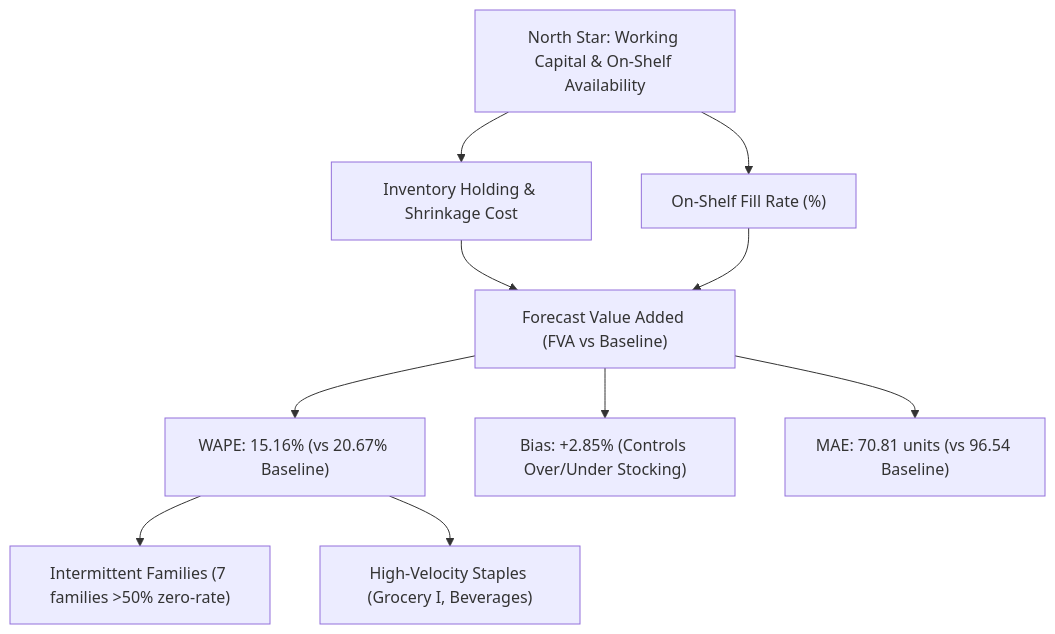
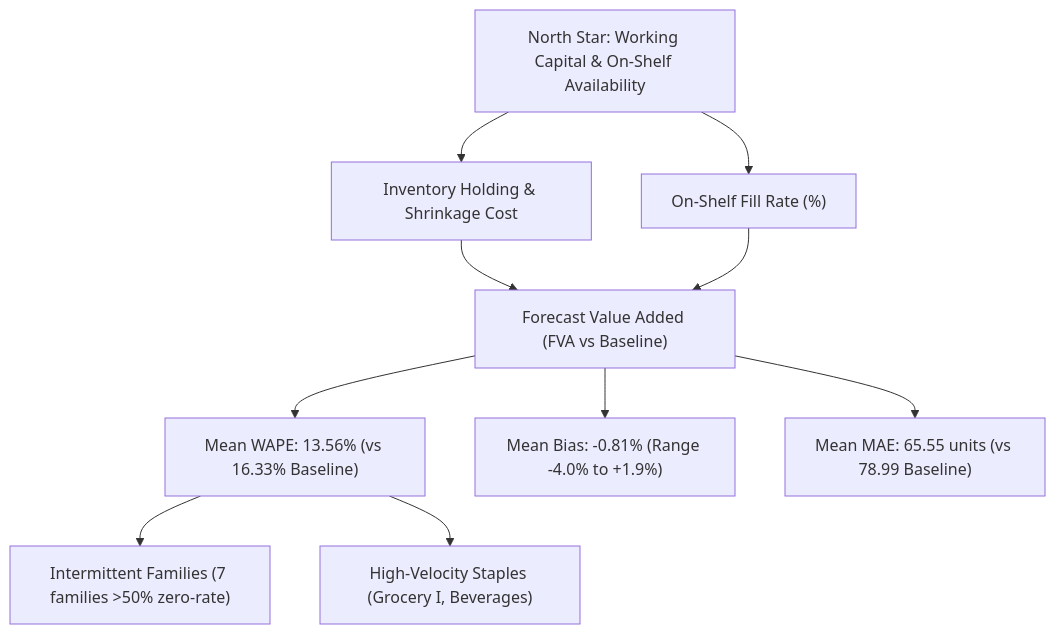
One commit to lazycoder52/grocery-demand-planner changed the diagram in docs/PRODUCT_BRIEF.md. Above: the diagram before and after it, drawn with Mermaid. The commit also changed other lines of this file and 1 other file, not shown here.

Commit message:
docs: make 5-fold backtest headline result, refine bias explanation, and add fold variation

````diff
--- a/docs/PRODUCT_BRIEF.md
+++ b/docs/PRODUCT_BRIEF.md
@@ -41,12 +41,12 @@
 ```mermaid
 graph TD
     A["North Star: Working Capital & On-Shelf Availability"] --> B["Inventory Holding & Shrinkage Cost"]
     A --> C["On-Shelf Fill Rate (%)"]
     B --> D["Forecast Value Added (FVA vs Baseline)"]
     C --> D
-    D --> E["WAPE: 15.16% (vs 20.67% Baseline)"]
-    D --> F["Bias: +2.85% (Controls Over/Under Stocking)"]
-    D --> G["MAE: 70.81 units (vs 96.54 Baseline)"]
+    D --> E["Mean WAPE: 13.56% (vs 16.33% Baseline)"]
+    D --> F["Mean Bias: -0.81% (Range -4.0% to +1.9%)"]
+    D --> G["Mean MAE: 65.55 units (vs 78.99 Baseline)"]
     E --> H["Intermittent Families (7 families >50% zero-rate)"]
     E --> I["High-Velocity Staples (Grocery I, Beverages)"]
 ```
````
